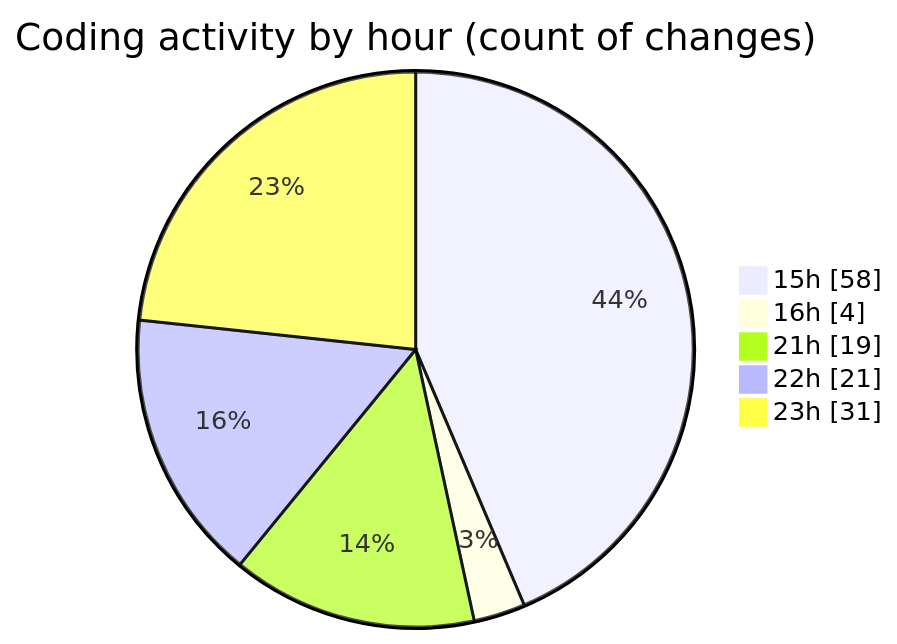
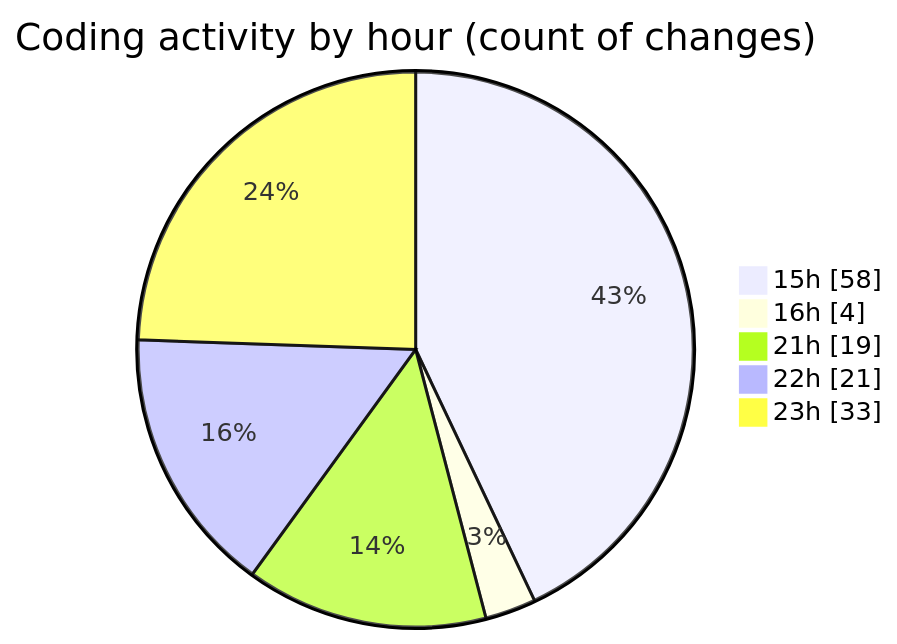
The second of 2 diagrams in 2026-01-22/cda-web-components/README.md (momahboobian/code-tracking), drawn with Mermaid before and after one commit. The commit also changed other lines of this file and 1 other file, not shown here.

````diff
--- a/2026-01-22/cda-web-components/README.md
+++ b/2026-01-22/cda-web-components/README.md
@@ -72,9 +72,9 @@
 ```mermaid
 pie showData
 title Coding activity by hour (count of changes)
 "15h" : 58
 "16h" : 4
 "21h" : 19
 "22h" : 21
-"23h" : 31
+"23h" : 33
 ```
````
